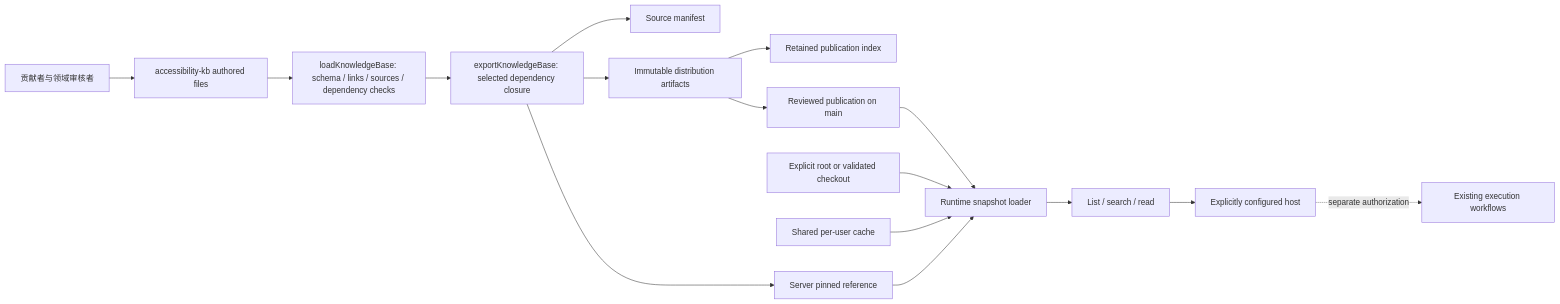
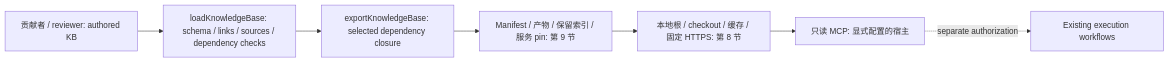
The first of 2 diagrams in knowledge-server/TECH-DESIGN.zh-CN.md (kaixun96/dev.A11yAssist), drawn with Mermaid before and after one commit. The commit also changed other lines of this file and 1 other file, not shown here.

````diff
--- a/knowledge-server/TECH-DESIGN.zh-CN.md
+++ b/knowledge-server/TECH-DESIGN.zh-CN.md
@@ -47,18 +28,10 @@
 ```mermaid
 flowchart LR
-  Expert[贡献者与领域审核者] --> Author[accessibility-kb authored files]
+  Author[贡献者 / reviewer: authored KB]
   Author --> Validate[loadKnowledgeBase: schema / links / sources / dependency checks]
   Validate --> Export[exportKnowledgeBase: selected dependency closure]
-  Export --> Manifest[Source manifest]
-  Export --> Artifact[Immutable distribution artifacts]
-  Artifact --> Index[Retained publication index]
-  Export --> Ref[Server pinned reference]
-  Ref --> Loader[Runtime snapshot loader]
-  Local[Explicit root or validated checkout] --> Loader
-  Cache[Shared per-user cache] --> Loader
-  Artifact --> HTTPS[Reviewed publication on main]
-  HTTPS --> Loader
-  Loader --> MCP[List / search / read]
-  MCP --> Host[Explicitly configured host]
+  Export --> Release[Manifest / 产物 / 保留索引 / 服务 pin: 第 9 节]
+  Release --> Loader[本地根 / checkout / 缓存 / 固定 HTTPS: 第 8 节]
+  Loader --> Host[只读 MCP: 显式配置的宿主]
   Host -. separate authorization .-> Workflow[Existing execution workflows]
 ```
````
